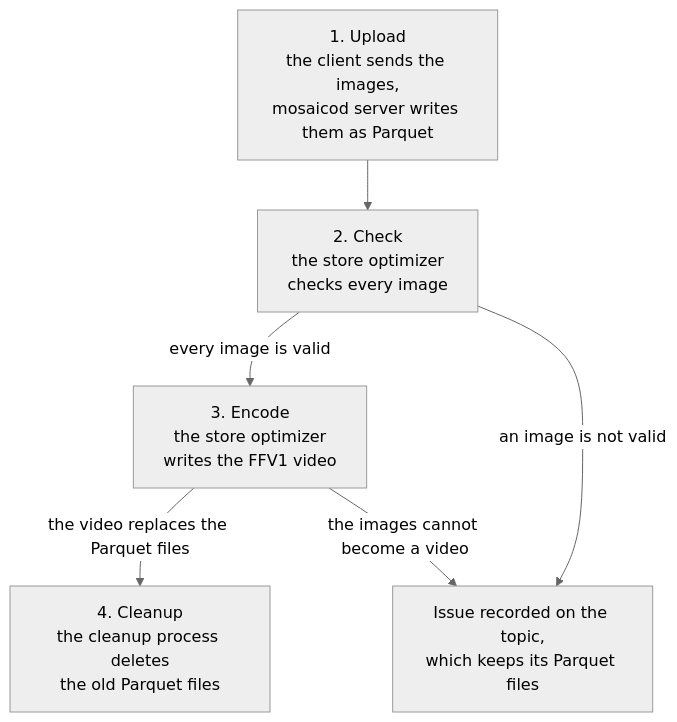
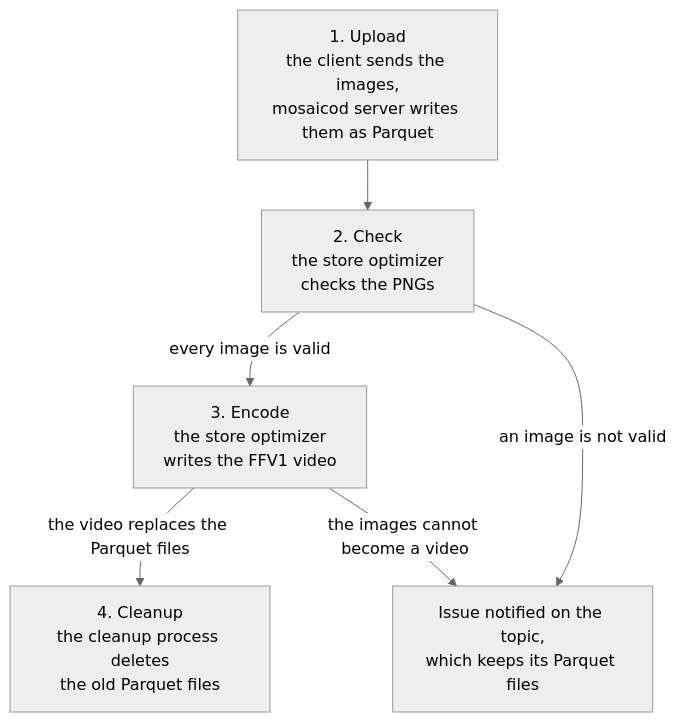
One commit to mosaico-labs/mosaico-rfcs changed the first of 2 diagrams in text/0000-image-sequence.md. Above: the diagram before and after it, drawn with Mermaid (neutral theme). The commit also changed other lines of this file, not shown here.

````diff
--- a/text/0000-image-sequence.md
+++ b/text/0000-image-sequence.md
@@ -58,13 +80,13 @@
 ```mermaid
 flowchart TD
     U["1. Upload<br/>the client sends the images,<br/>mosaicod server writes them as Parquet"]
-    C["2. Check<br/>the store optimizer<br/>checks every image"]
+    C["2. Check<br/>the store optimizer<br/>checks the PNGs"]
     E["3. Encode<br/>the store optimizer<br/>writes the FFV1 video"]
     D["4. Cleanup<br/>the cleanup process deletes<br/>the old Parquet files"]
-    I["Issue recorded on the topic,<br/>which keeps its Parquet files"]
+    I["Issue notified on the topic,<br/>which keeps its Parquet files"]
     U --> C
     C -->|"every image is valid"| E
     C -->|"an image is not valid"| I
     E -->|"the video replaces the Parquet files"| D
     E -->|"the images cannot become a video"| I
 ```
````
